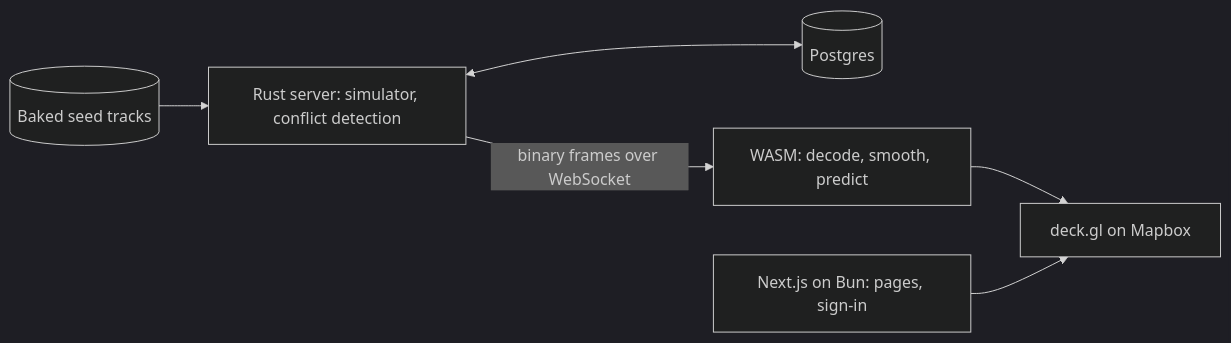
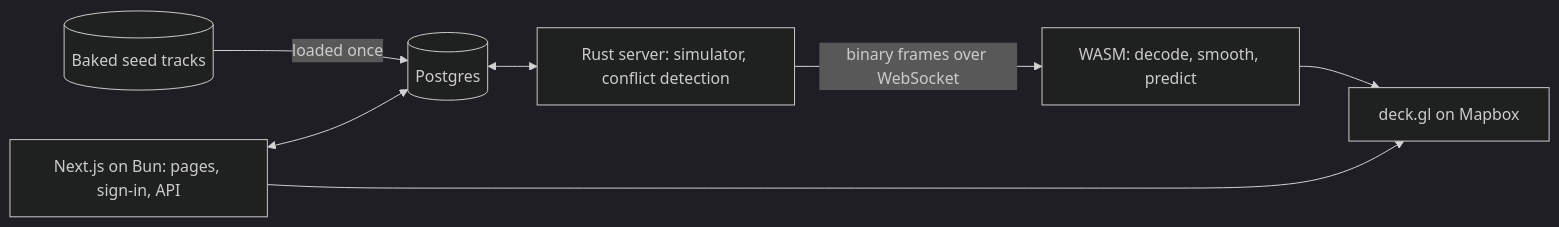
One commit to ghoti143/atcdemo changed the diagram in README.md. Above: the diagram before and after it, drawn with Mermaid (dark theme). The commit also changed other lines of this file and 1 other file, not shown here.

````diff
--- a/README.md
+++ b/README.md
@@ -31,8 +31,9 @@
 ```mermaid
 flowchart LR
-  SEED[("Baked seed tracks")] --> SERVER["Rust server: simulator, conflict detection"]
-  SERVER <--> PG[("Postgres")]
+  SEED[("Baked seed tracks")] -->|"loaded once"| PG[("Postgres")]
+  PG <--> SERVER["Rust server: simulator, conflict detection"]
   SERVER -->|"binary frames over WebSocket"| WASM["WASM: decode, smooth, predict"]
   WASM --> MAP["deck.gl on Mapbox"]
-  WEB["Next.js on Bun: pages, sign-in"] --> MAP
+  WEB["Next.js on Bun: pages, sign-in, API"] --> MAP
+  WEB <--> PG
 ```
````
